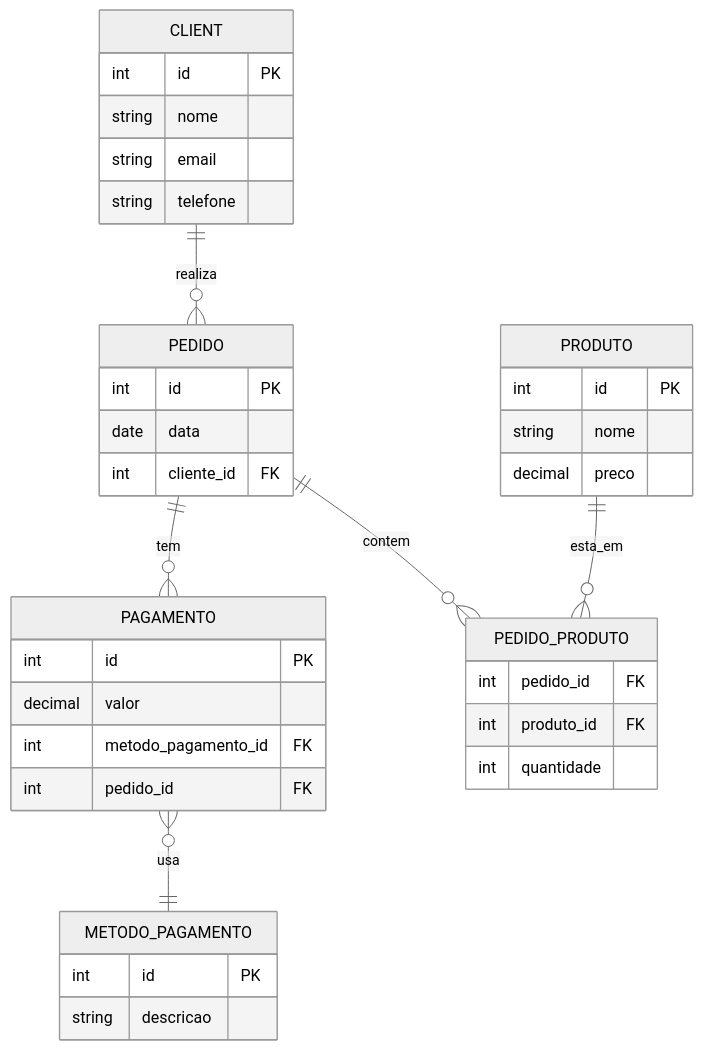
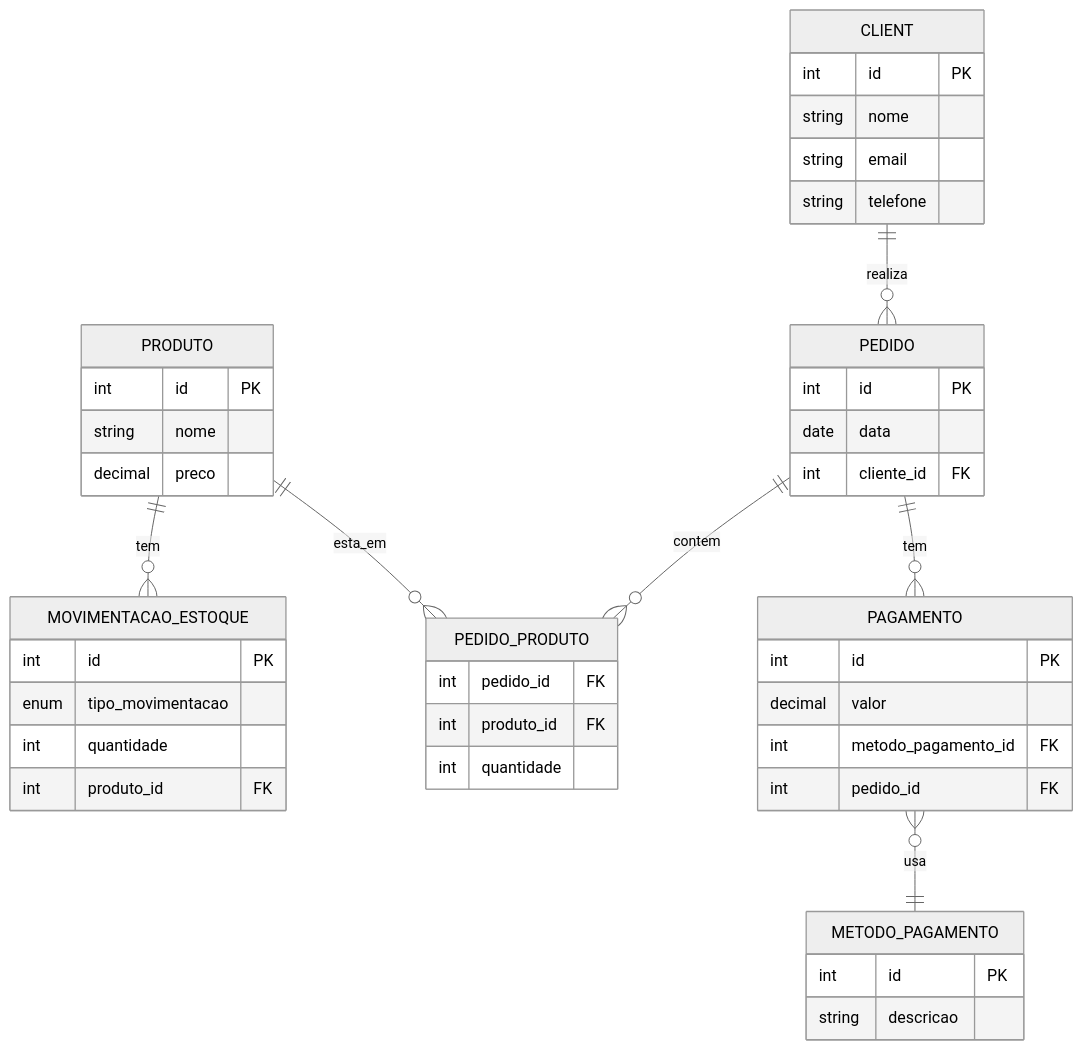
The diagram in programacao-e-desenvolvimento-de-banco-de-dados/desafio1-sistema-de-mercado.md (Drufontael/Faculdade---ADS), drawn with Mermaid (neutral theme) before and after one commit. The commit also changed other lines of this file and 1 other file, not shown here.

Commit message:
Incluso movimentação de estoque no desafio1

````diff
--- a/programacao-e-desenvolvimento-de-banco-de-dados/desafio1-sistema-de-mercado.md
+++ b/programacao-e-desenvolvimento-de-banco-de-dados/desafio1-sistema-de-mercado.md
@@ -36,45 +38,55 @@
 ```mermaid
    erDiagram
     CLIENT {
         int id PK
         string nome
         string email
         string telefone
     }
     
     PRODUTO {
         int id PK
         string nome
-        decimal preco
+        decimal preco        
     }
+
+    MOVIMENTACAO_ESTOQUE {
+        int id PK
+        enum tipo_movimentacao
+        int quantidade
+        int produto_id FK
+    }
+    
+    %% Enum valores possíveis para tipo_movimentacao: "ENTRADA", "SAIDA"
     
     PEDIDO {
         int id PK
         date data
         int cliente_id FK
     }
     
     PAGAMENTO {
         int id PK
         decimal valor
         int metodo_pagamento_id FK
         int pedido_id FK
     }
 
     METODO_PAGAMENTO {
         int id PK
         string descricao
     }
     
     PEDIDO_PRODUTO {
         int pedido_id FK
         int produto_id FK
         int quantidade
     }
     
     CLIENT ||--o{ PEDIDO : realiza
     PEDIDO ||--o{ PEDIDO_PRODUTO : contem
-    PRODUTO ||--o{ PEDIDO_PRODUTO : esta_em
+    PRODUTO ||--o{ MOVIMENTACAO_ESTOQUE : tem
+    PRODUTO ||--o{ PEDIDO_PRODUTO : esta_em    
     PEDIDO ||--o{ PAGAMENTO : tem
     PAGAMENTO }o--|| METODO_PAGAMENTO : usa    
 ```
````
